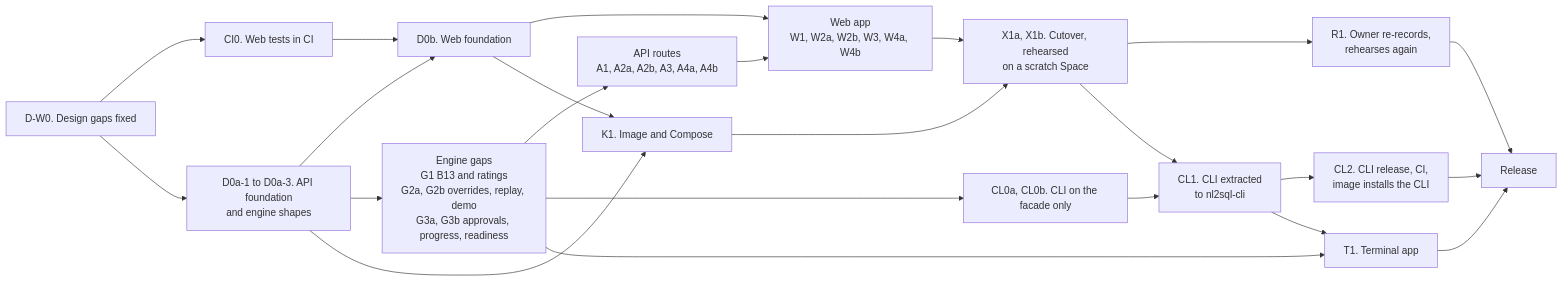
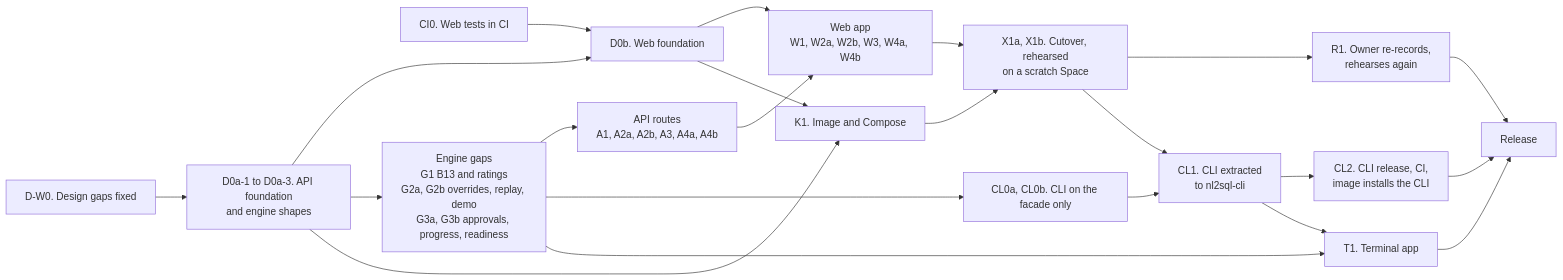
Before and after one commit to nadeem4/nl2sql: the first of 4 diagrams in docs/architecture/wave_d.md, drawn with Mermaid. The commit also changed other lines of this file, not shown here.

````diff
--- a/docs/architecture/wave_d.md
+++ b/docs/architecture/wave_d.md
@@ -170,35 +174,34 @@
 ```mermaid
 flowchart LR
   DW0["D-W0. Design gaps fixed"]
   CI["CI0. Web tests in CI"]
   DA["D0a-1 to D0a-3. API foundation<br/>and engine shapes"]
   DB["D0b. Web foundation"]
   G["Engine gaps<br/>G1 B13 and ratings<br/>G2a, G2b overrides, replay, demo<br/>G3a, G3b approvals, progress, readiness"]
   A["API routes<br/>A1, A2a, A2b, A3, A4a, A4b"]
   W["Web app<br/>W1, W2a, W2b, W3, W4a, W4b"]
   CL0["CL0a, CL0b. CLI on the facade only"]
   K["K1. Image and Compose"]
   X["X1a, X1b. Cutover, rehearsed<br/>on a scratch Space"]
-  DW0 --> CI
   DW0 --> DA
   CI --> DB
   DA --> DB
   DA --> G
   G --> A
   A --> W
   DB --> W
   G --> CL0
   DA --> K
   DB --> K
   W --> X
   K --> X
   X --> R["R1. Owner re-records,<br/>rehearses again"]
   X --> CL1["CL1. CLI extracted<br/>to nl2sql-cli"]
   CL0 --> CL1
   CL1 --> CL2["CL2. CLI release, CI,<br/>image installs the CLI"]
   CL1 --> T["T1. Terminal app"]
   G --> T
   R --> REL["Release"]
   T --> REL
   CL2 --> REL
 ```
````
